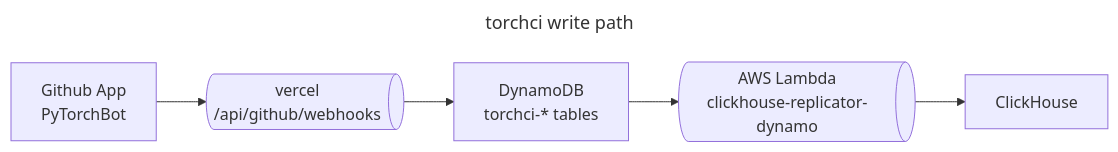
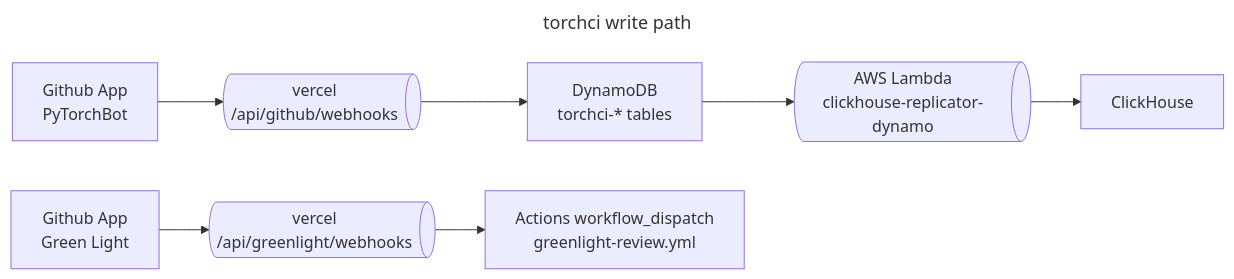
Before and after one commit to pytorch/test-infra: the diagram in torchci/docs/architecture.md, drawn with Mermaid. The commit also changed other lines of this file and 4 other files, not shown here.

````diff
--- a/torchci/docs/architecture.md
+++ b/torchci/docs/architecture.md
@@ -7,14 +7,19 @@
 ```mermaid
 ---
 title: torchci write path
 ---
 flowchart LR
    pytorchbot[Github App
    PyTorchBot] --> vercel@{ shape: das, label: "vercel
    /api/github/webhooks" }
    vercel --> dynamodb[DynamoDB
    torchci-* tables]
    dynamodb --> replicatorlambda@{ shape: das, label: "AWS Lambda
    clickhouse-replicator-dynamo"}
    replicatorlambda --> ClickHouse
+   greenlightapp[Github App
+   Green Light] --> greenlightvercel@{ shape: das, label: "vercel
+   /api/greenlight/webhooks" }
+   greenlightvercel --> dispatch[Actions workflow_dispatch
+   greenlight-review.yml]
 ```
````
